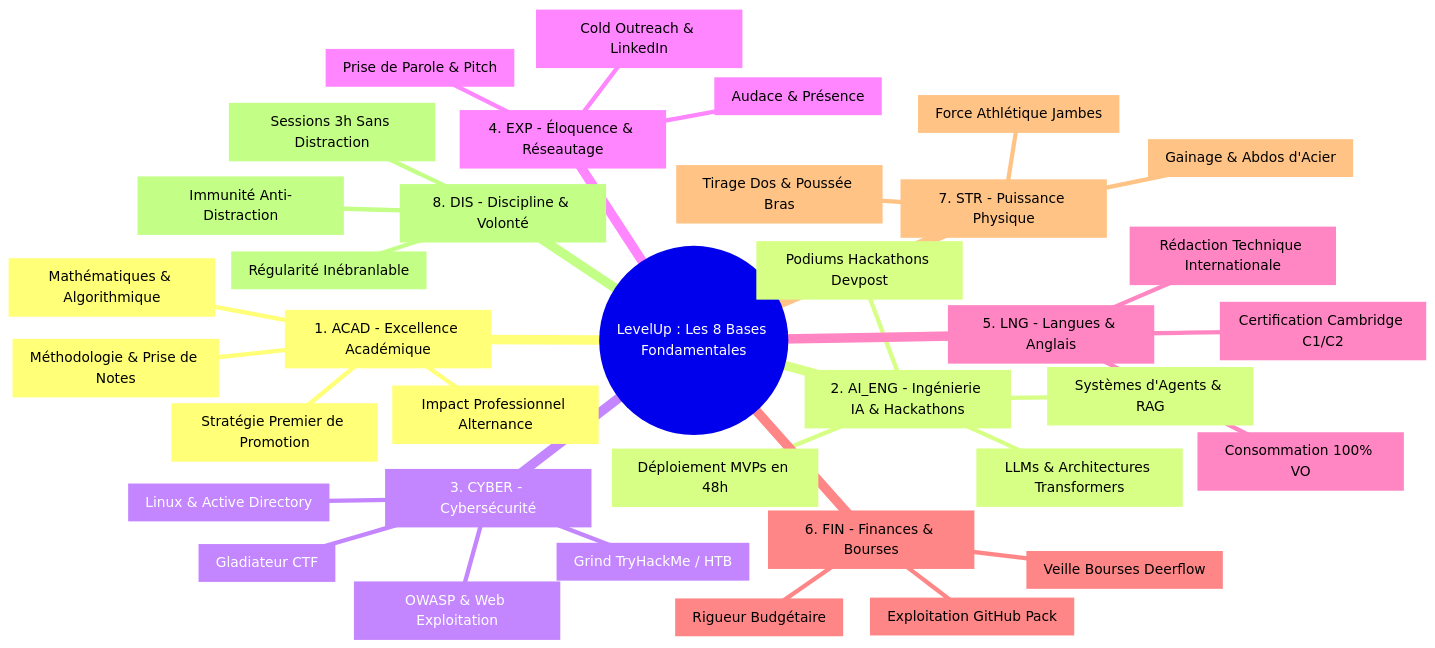
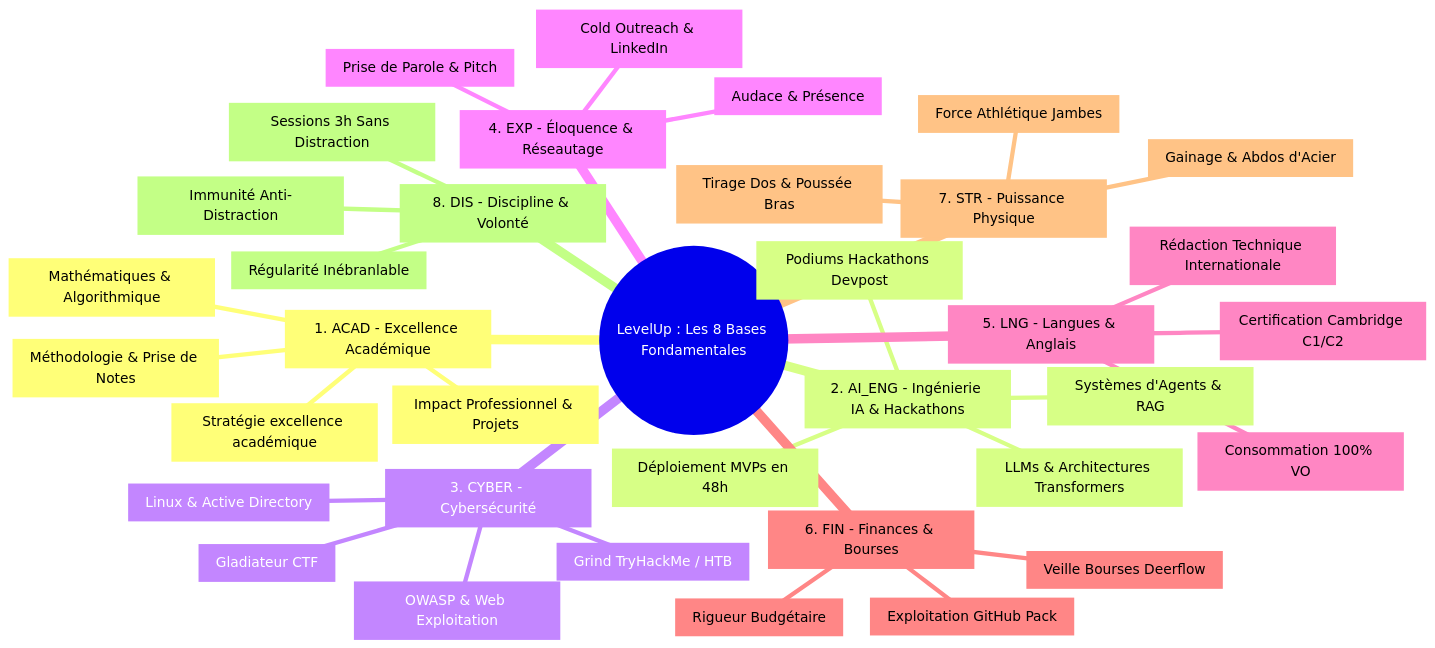
Before and after one commit to GeovanioH/LevelUp: the first of 5 diagrams in docs/01-PRD.md, drawn with Mermaid. The commit also changed other lines of this file and 13 other files, not shown here.

````diff
--- a/docs/01-PRD.md
+++ b/docs/01-PRD.md
@@ -61,39 +60,39 @@
 ```mermaid
 mindmap
   root((LevelUp : Les 8 Bases Fondamentales))
     ACAD["1. ACAD - Excellence Académique"]
       ACAD_Maths["Mathématiques & Algorithmique"]
       ACAD_Notes["Méthodologie & Prise de Notes"]
-      ACAD_Major["Stratégie Premier de Promotion"]
-      ACAD_Alternance["Impact Professionnel Alternance"]
+      ACAD_Major["Stratégie excellence académique"]
+      ACAD_ProjetPro["Impact Professionnel & Projets"]
     AI_ENG["2. AI_ENG - Ingénierie IA & Hackathons"]
       AI_LLM["LLMs & Architectures Transformers"]
       AI_Agents["Systèmes d'Agents & RAG"]
       AI_Fullstack["Déploiement MVPs en 48h"]
       AI_Hackathons["Podiums Hackathons Devpost"]
     CYBER["3. CYBER - Cybersécurité"]
       CYBER_Web["OWASP & Web Exploitation"]
       CYBER_System["Linux & Active Directory"]
       CYBER_THM["Grind TryHackMe / HTB"]
       CYBER_CTF["Gladiateur CTF"]
     EXP["4. EXP - Éloquence & Réseautage"]
       EXP_Public["Prise de Parole & Pitch"]
       EXP_Network["Cold Outreach & LinkedIn"]
       EXP_Confidence["Audace & Présence"]
     LNG["5. LNG - Langues & Anglais"]
       LNG_Cambridge["Certification Cambridge C1/C2"]
       LNG_Immersion["Consommation 100% VO"]
       LNG_Writing["Rédaction Technique Internationale"]
     FIN["6. FIN - Finances & Bourses"]
       FIN_Bourses["Veille Bourses Deerflow"]
       FIN_Budget["Rigueur Budgétaire"]
       FIN_Packs["Exploitation GitHub Pack"]
     STR["7. STR - Puissance Physique"]
       STR_Upper["Tirage Dos & Poussée Bras"]
       STR_Core["Gainage & Abdos d'Acier"]
       STR_Lower["Force Athlétique Jambes"]
     DIS["8. DIS - Discipline & Volonté"]
       DIS_DeepWork["Sessions 3h Sans Distraction"]
       DIS_Detox["Immunité Anti-Distraction"]
       DIS_Streaks["Régularité Inébranlable"]
 ```
````
